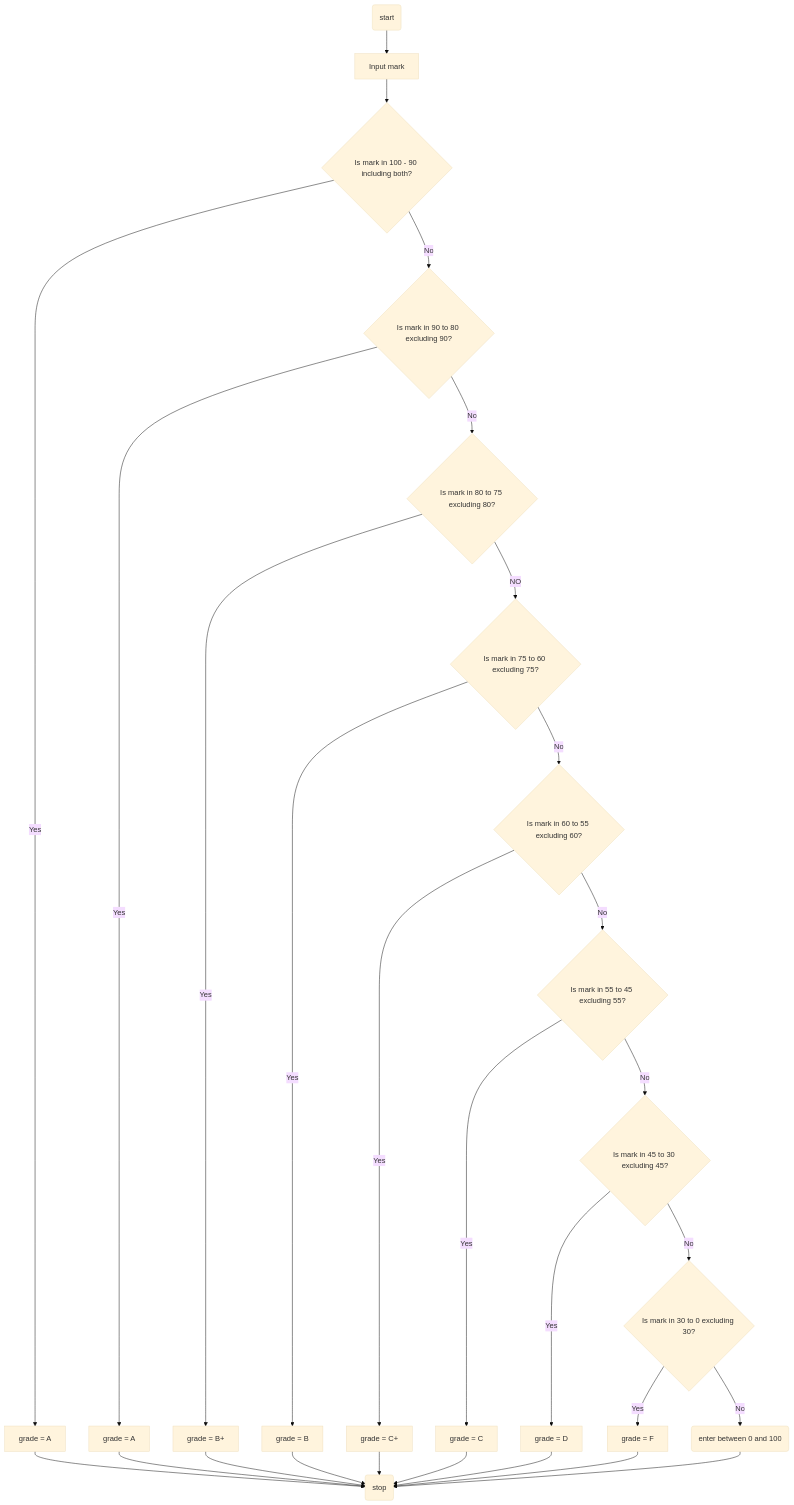
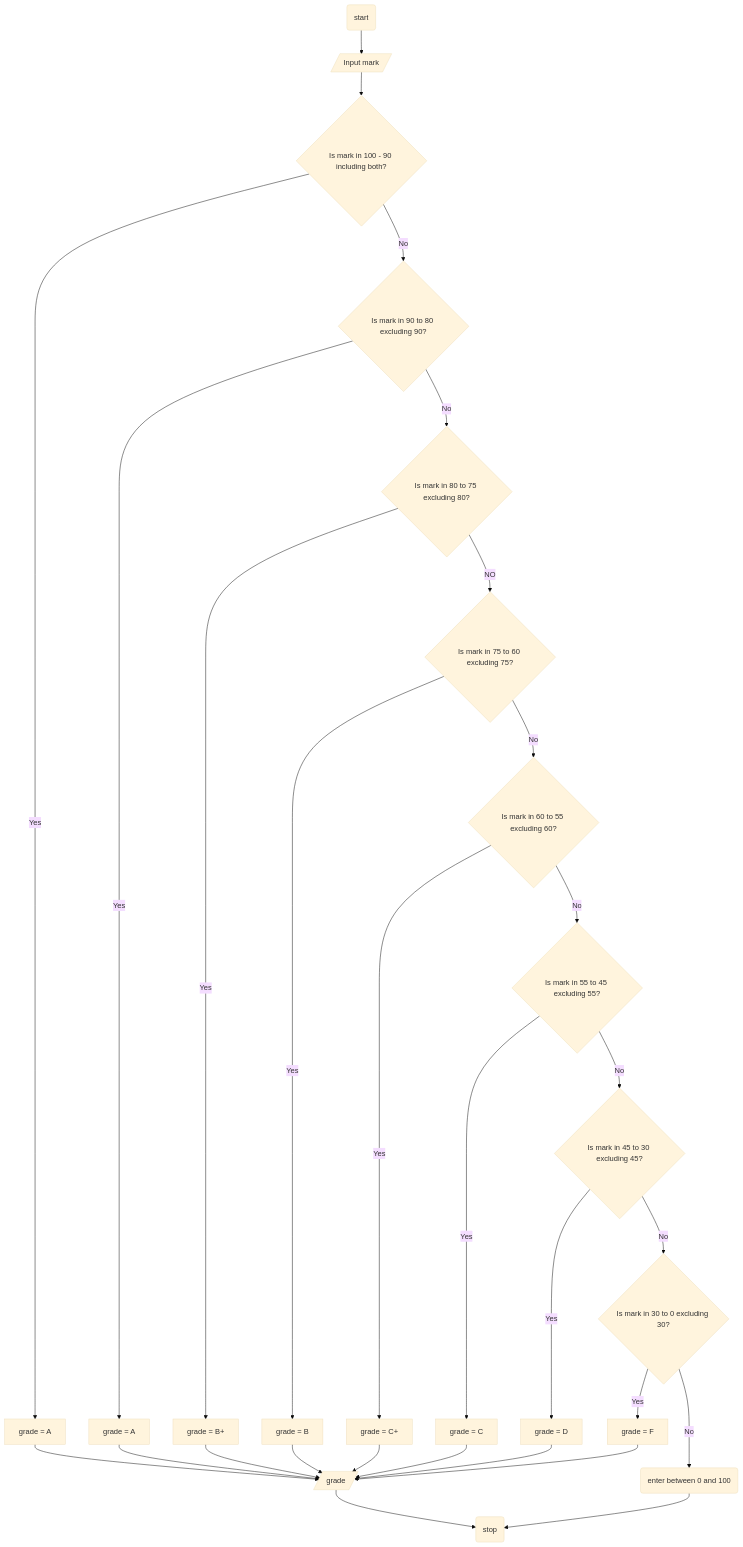
The diagram in ETS1351_15_Yabets_Maregn/grade_calculator/flowchart.md (SWEG-2015EC-Batch/Code-Warrior), drawn with Mermaid (base theme) before and after one commit.

````diff
--- a/ETS1351_15_Yabets_Maregn/grade_calculator/flowchart.md
+++ b/ETS1351_15_Yabets_Maregn/grade_calculator/flowchart.md
@@ -1,30 +1,31 @@
  ```mermaid
 graph TD;
-A(start) --> B[Input mark]
+A(start) --> B[/Input mark/]
 B --> C{Is mark in 100 - 90 including both?}
 C -- Yes --> D[grade = A]
-D[grade = A] --> S(stop) 
+D[grade = A] --> S[/grade/]
 C -- No --> E{Is mark in 90 to 80 excluding 90?}
 E -- Yes --> F[grade = A]
-F[grade = A] --> S(stop) 
+F[grade = A] --> S[/grade/] 
 E -- No --> G{Is mark in 80 to 75 excluding 80?}
 G -- Yes --> H[grade = B+]
-H[grade = B+] -->S(stop)
+H[grade = B+] -->S[/grade/]
 G -- NO --> I{Is mark in 75 to 60 excluding 75?}
 I -- Yes --> J[grade = B]
-J[grade = B] --> S(stop) 
+J[grade = B] --> S[/grade/] 
 I -- No --> K{Is mark in 60 to 55 excluding 60?}
 K -- Yes --> L[grade = C+]
-L[grade = C+] --> S(stop) 
+L[grade = C+] --> S[/grade/] 
 K -- No --> M{Is mark in 55 to 45 excluding 55?}
 M -- Yes --> N[grade = C]
-N[grade = C] --> S(stop) 
+N[grade = C] --> S[/grade/] 
 M -- No --> O{Is mark in 45 to 30 excluding 45?}
 O -- Yes -->P[grade = D]
-P[grade = D] --> S(stop) 
+P[grade = D] -->S[/grade/] 
 O -- No --> Q{Is mark in 30 to 0 excluding 30?}
 Q --Yes --> R[grade=F]
-R[grade = F] --> S(stop) 
+R[grade = F] --> S[/grade/] 
 Q -- No --> AA(enter between 0 and 100)
-AA --> S(stop)
+AA --> Z(stop)
+S --> Z
 ```
````
